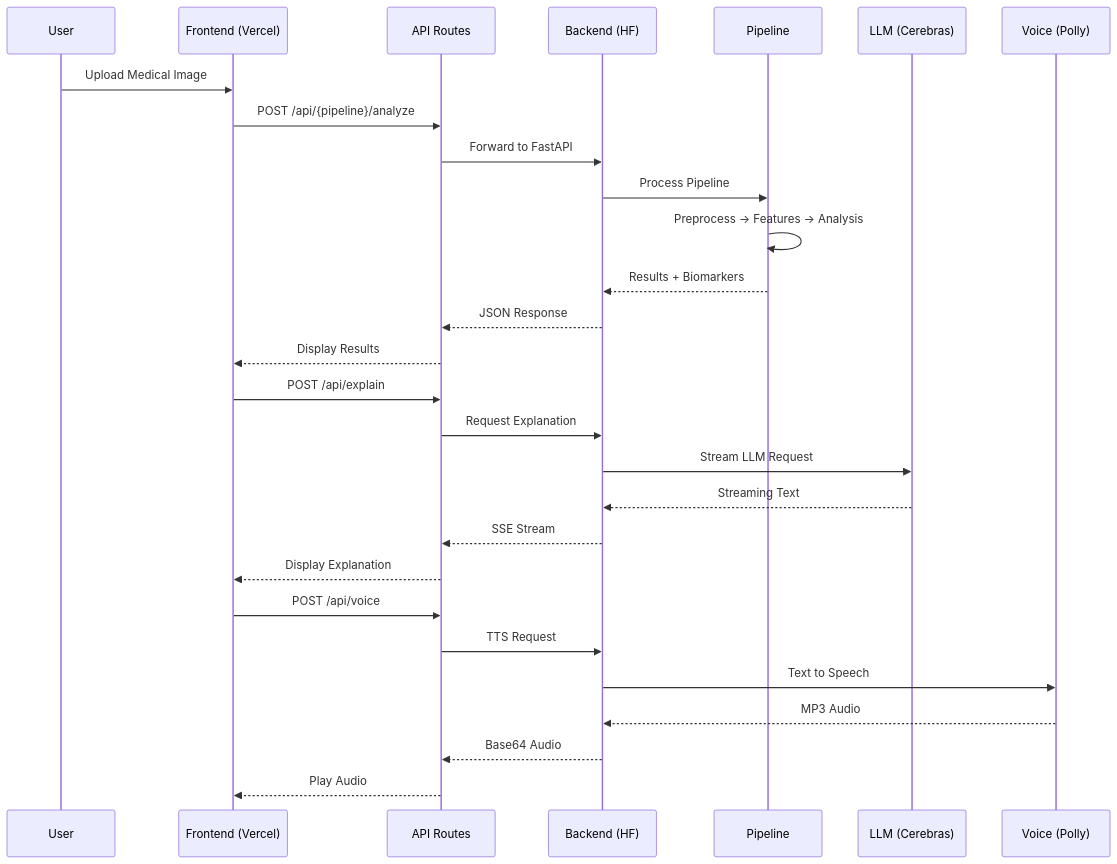
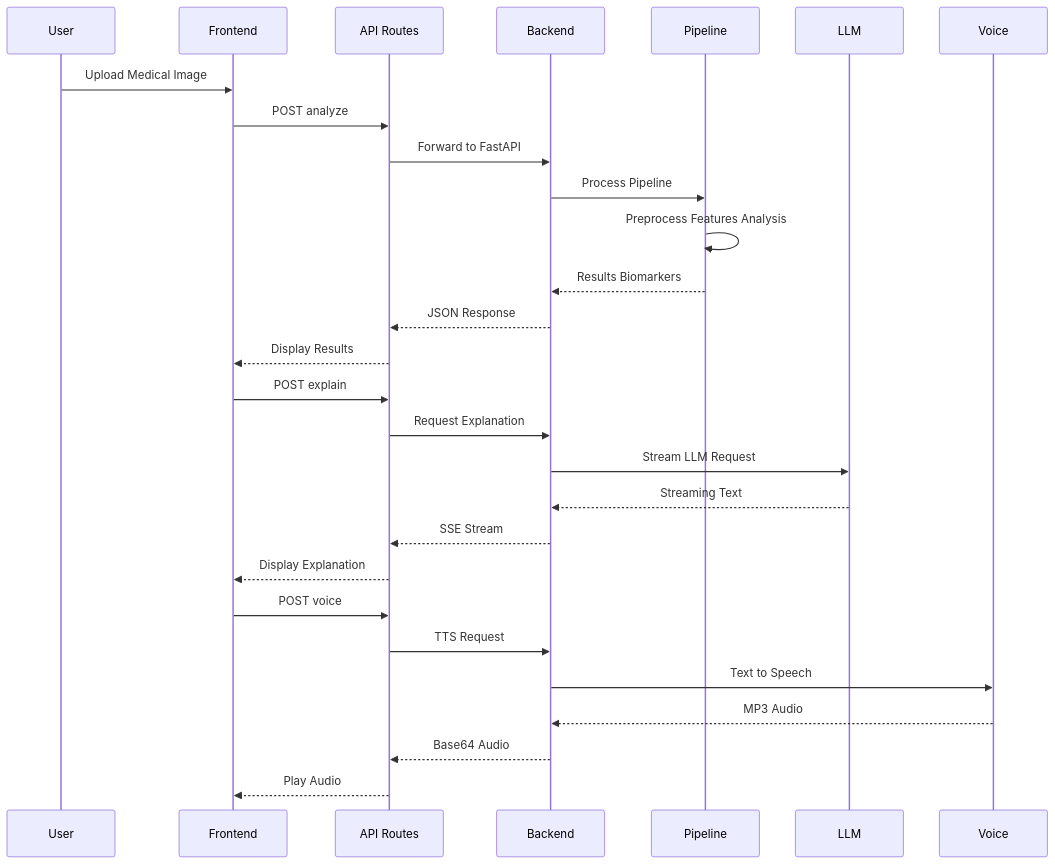
Before and after one commit to steeltroops-ai/NeuraLens: the tenth of 11 diagrams in ARCHITECTURE.md, drawn with Mermaid. The commit also changed other lines of this file, not shown here.

Commit message:
fix(docs): correct Mermaid diagram syntax for GitHub rendering

````diff
--- a/ARCHITECTURE.md
+++ b/ARCHITECTURE.md
@@ -457,33 +469,33 @@
 ```mermaid
 sequenceDiagram
     participant U as User
-    participant F as Frontend (Vercel)
+    participant F as Frontend
     participant A as API Routes
-    participant B as Backend (HF)
+    participant B as Backend
     participant P as Pipeline
-    participant L as LLM (Cerebras)
-    participant V as Voice (Polly)
-    
+    participant L as LLM
+    participant V as Voice
+
     U->>F: Upload Medical Image
-    F->>A: POST /api/{pipeline}/analyze
+    F->>A: POST analyze
     A->>B: Forward to FastAPI
     B->>P: Process Pipeline
-    P->>P: Preprocess → Features → Analysis
-    P-->>B: Results + Biomarkers
+    P->>P: Preprocess Features Analysis
+    P-->>B: Results Biomarkers
     B-->>A: JSON Response
     A-->>F: Display Results
     
-    F->>A: POST /api/explain
+    F->>A: POST explain
     A->>B: Request Explanation
     B->>L: Stream LLM Request
     L-->>B: Streaming Text
     B-->>A: SSE Stream
     A-->>F: Display Explanation
     
-    F->>A: POST /api/voice
+    F->>A: POST voice
     A->>B: TTS Request
     B->>V: Text to Speech
     V-->>B: MP3 Audio
     B-->>A: Base64 Audio
     A-->>F: Play Audio
 ```
````
